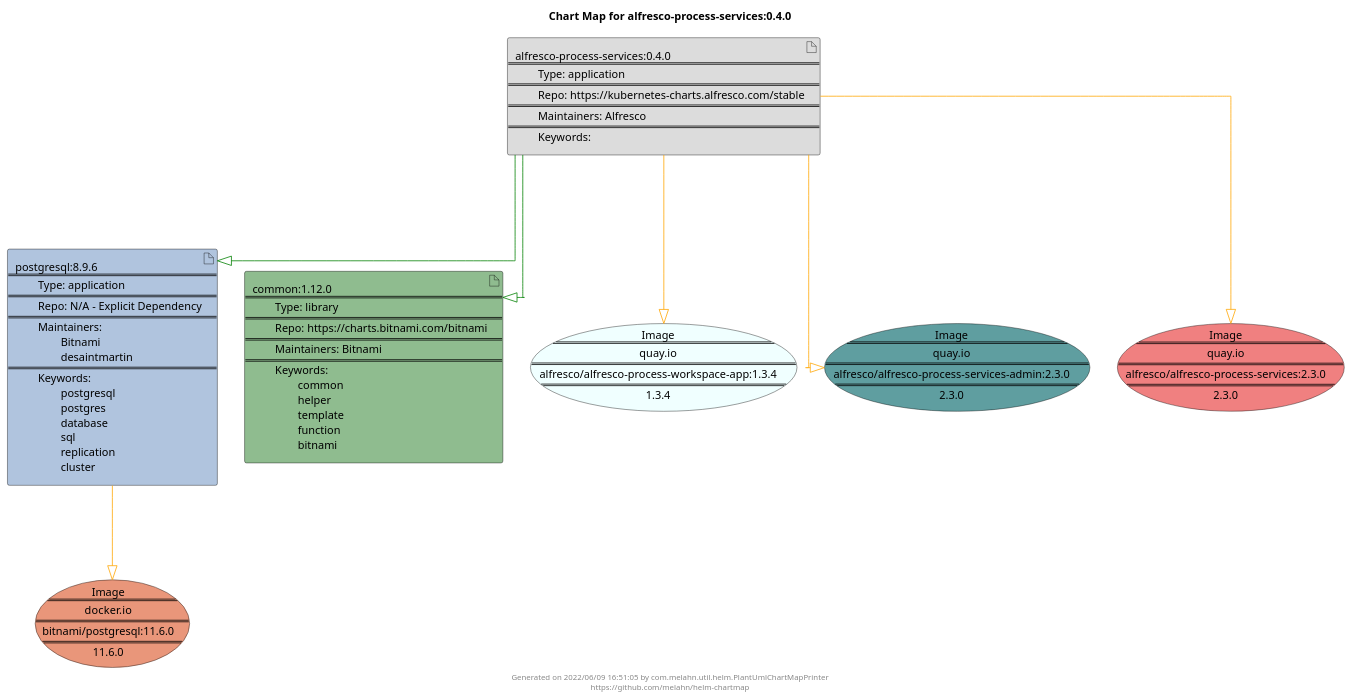
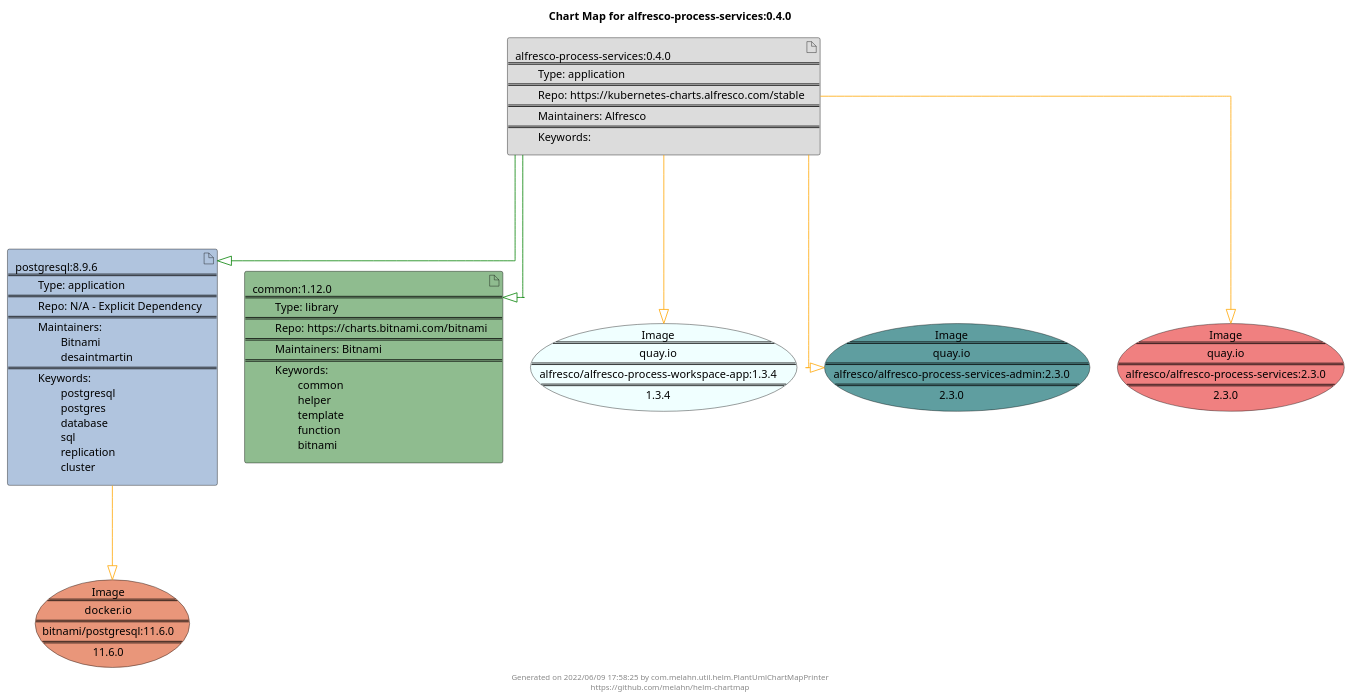
The diagram in docs/alfresco-process-services/alfresco-process-services-0.4.0.puml (melahn/helm-chartmap), drawn with PlantUML before and after one commit. The commit also changed 59 other files, not shown here.

Commit message:
Update Example Chart Maps as part of GitHub build

```diff
--- a/docs/alfresco-process-services/alfresco-process-services-0.4.0.puml
+++ b/docs/alfresco-process-services/alfresco-process-services-0.4.0.puml
@@ -1,31 +1,31 @@
 @startuml
 skinparam linetype ortho
 skinparam backgroundColor white
 skinparam usecaseBorderColor black
 skinparam usecaseArrowColor LightSlateGray
 skinparam artifactBorderColor black
 skinparam artifactArrowColor LightSlateGray
 
 title Chart Map for alfresco-process-services:0.4.0
 
 'There are 3 referenced Helm Charts
 artifact "alfresco-process-services:0.4.0\n====\n\tType: application\n====\n\tRepo: https://kubernetes-charts.alfresco.com/stable\n====\n\tMaintainers: Alfresco\n====\n\tKeywords: " as alfresco_process_services_0_4_0 #Gainsboro
 artifact "postgresql:8.9.6\n====\n\tType: application\n====\n\tRepo: N/A - Explicit Dependency\n====\n\tMaintainers: \n\t\tBitnami\n\t\tdesaintmartin\n====\n\tKeywords: \n\t\tpostgresql\n\t\tpostgres\n\t\tdatabase\n\t\tsql\n\t\treplication\n\t\tcluster" as postgresql_8_9_6 #LightSteelBlue
 artifact "common:1.12.0\n====\n\tType: library\n====\n\tRepo: https://charts.bitnami.com/bitnami\n====\n\tMaintainers: Bitnami\n====\n\tKeywords: \n\t\tcommon\n\t\thelper\n\t\ttemplate\n\t\tfunction\n\t\tbitnami" as common_1_12_0 #DarkSeaGreen
 
 'There are 4 referenced Docker Images
 usecase "Image\n====\nquay.io\n====\nalfresco/alfresco-process-workspace-app:1.3.4\n====\n1.3.4" as quay_io_alfresco_alfresco_process_workspace_app_1_3_4 #Azure
 usecase "Image\n====\nquay.io\n====\nalfresco/alfresco-process-services-admin:2.3.0\n====\n2.3.0" as quay_io_alfresco_alfresco_process_services_admin_2_3_0 #CadetBlue
 usecase "Image\n====\ndocker.io\n====\nbitnami/postgresql:11.6.0\n====\n11.6.0" as docker_io_bitnami_postgresql_11_6_0 #DarkSalmon
 usecase "Image\n====\nquay.io\n====\nalfresco/alfresco-process-services:2.3.0\n====\n2.3.0" as quay_io_alfresco_alfresco_process_services_2_3_0 #LightCoral
 
 'Chart Dependencies
 alfresco_process_services_0_4_0--[#green]-|>postgresql_8_9_6
 alfresco_process_services_0_4_0--[#green]-|>common_1_12_0
 alfresco_process_services_0_4_0--[#orange]-|>quay_io_alfresco_alfresco_process_services_admin_2_3_0
 alfresco_process_services_0_4_0--[#orange]-|>quay_io_alfresco_alfresco_process_workspace_app_1_3_4
 alfresco_process_services_0_4_0--[#orange]-|>quay_io_alfresco_alfresco_process_services_2_3_0
 postgresql_8_9_6--[#orange]-|>docker_io_bitnami_postgresql_11_6_0
 
-center footer Generated on 2022/06/09 16:51:05 by com.melahn.util.helm.PlantUmlChartMapPrinter\nhttps://github.com/melahn/helm-chartmap
+center footer Generated on 2022/06/09 17:58:25 by com.melahn.util.helm.PlantUmlChartMapPrinter\nhttps://github.com/melahn/helm-chartmap
 @enduml
```
